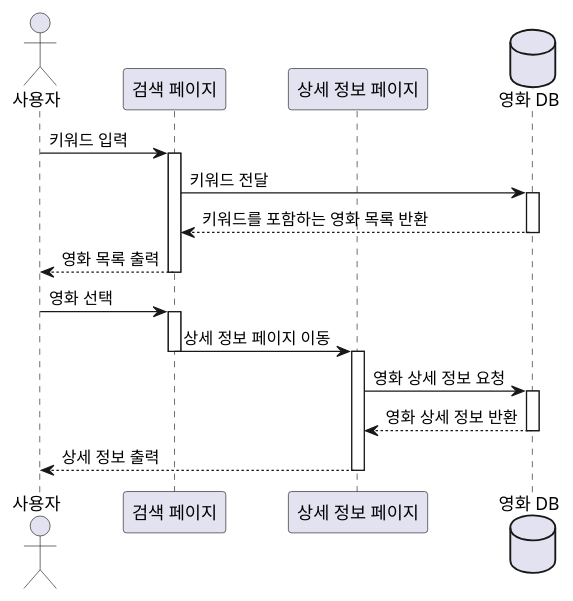
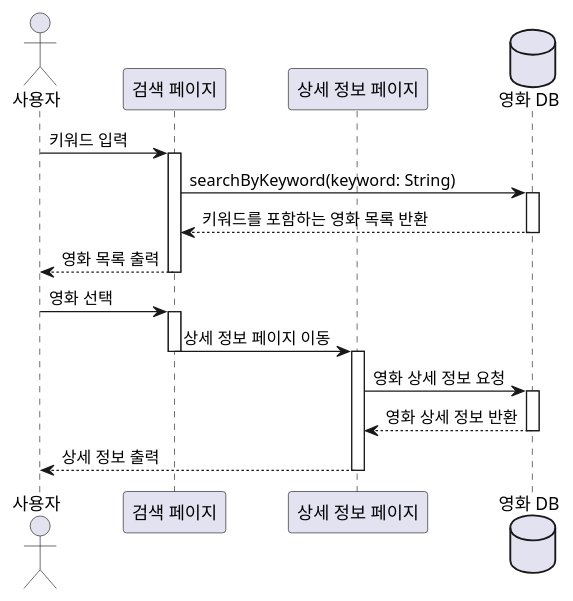
One commit to marmot8080/SWE changed the diagram in src/sequence_search.puml. Above: the diagram before and after it, drawn with PlantUML. The commit also changed 6 other files, not shown here.

Commit message:
Update sequence diagram

```diff
--- a/src/sequence_search.puml
+++ b/src/sequence_search.puml
@@ -1,29 +1,29 @@
 @startuml
 
 actor "사용자" as user
 participant "검색 페이지" as searchPage
 participant "상세 정보 페이지" as detailPage
 database "영화 DB" as db
 
 user -> searchPage : 키워드 입력
 activate searchPage
-searchPage -> db : 키워드 전달
+searchPage -> db : searchByKeyword(keyword: String)
 activate db
 db --> searchPage : 키워드를 포함하는 영화 목록 반환
 deactivate db
 searchPage --> user : 영화 목록 출력
 deactivate searchPage
 
 user -> searchPage : 영화 선택
 activate searchPage
 searchPage -> detailPage : 상세 정보 페이지 이동
 deactivate searchPage
 activate detailPage
 detailPage -> db : 영화 상세 정보 요청
 activate db
 db --> detailPage : 영화 상세 정보 반환
 deactivate db
 detailPage --> user : 상세 정보 출력
 deactivate detailPage
 
 @enduml
```
